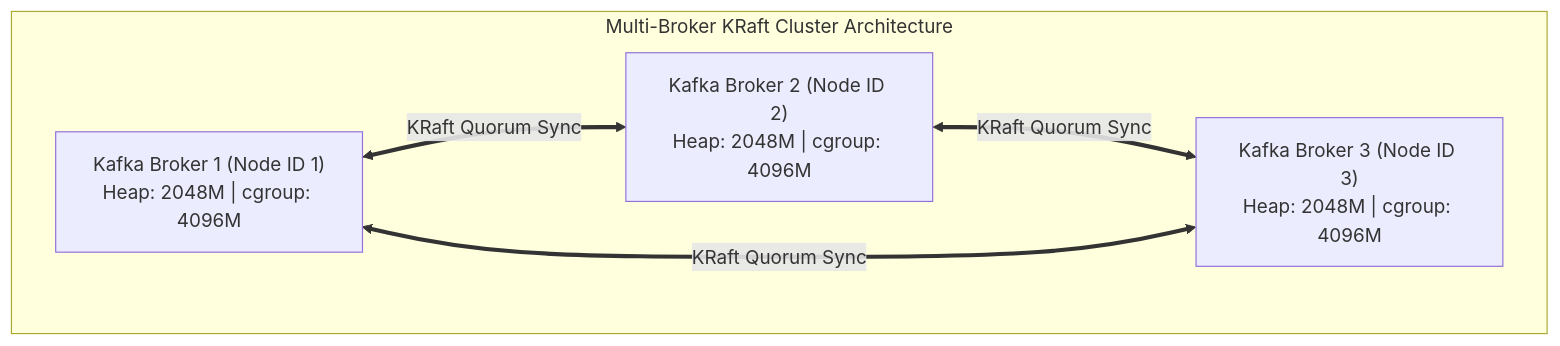
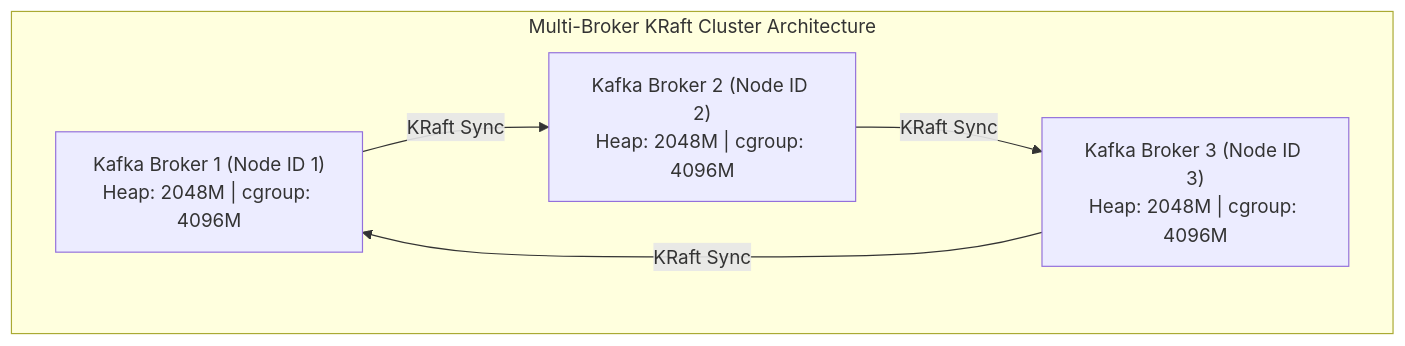
Before and after one commit to Chief-Strategist-J/llm-obs-infra: diagram 12 of 12 in docs/configDoc/kafka-configuration-guide.md, drawn with Mermaid. The commit also changed other lines of this file, not shown here.

Commit message:
docs(kafka): fix Mermaid diagram rendering syntax and convert parameter breakdowns to structured Markdown tables

````diff
--- a/docs/configDoc/kafka-configuration-guide.md
+++ b/docs/configDoc/kafka-configuration-guide.md
@@ -457,13 +348,13 @@
 ```mermaid
 graph TB
     subgraph Multi-Broker KRaft Cluster Architecture
         direction LR
         B1["Kafka Broker 1 (Node ID 1)<br/>Heap: 2048M | cgroup: 4096M"]
         B2["Kafka Broker 2 (Node ID 2)<br/>Heap: 2048M | cgroup: 4096M"]
         B3["Kafka Broker 3 (Node ID 3)<br/>Heap: 2048M | cgroup: 4096M"]
 
-        B1 <==>|KRaft Quorum Sync| B2
-        B2 <==>|KRaft Quorum Sync| B3
-        B3 <==>|KRaft Quorum Sync| B1
+        B1 -->|KRaft Sync| B2
+        B2 -->|KRaft Sync| B3
+        B3 -->|KRaft Sync| B1
     end
 ```
````
